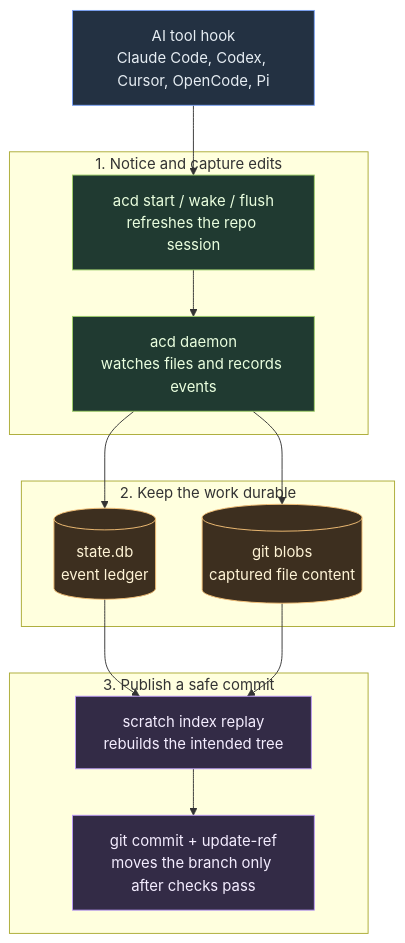
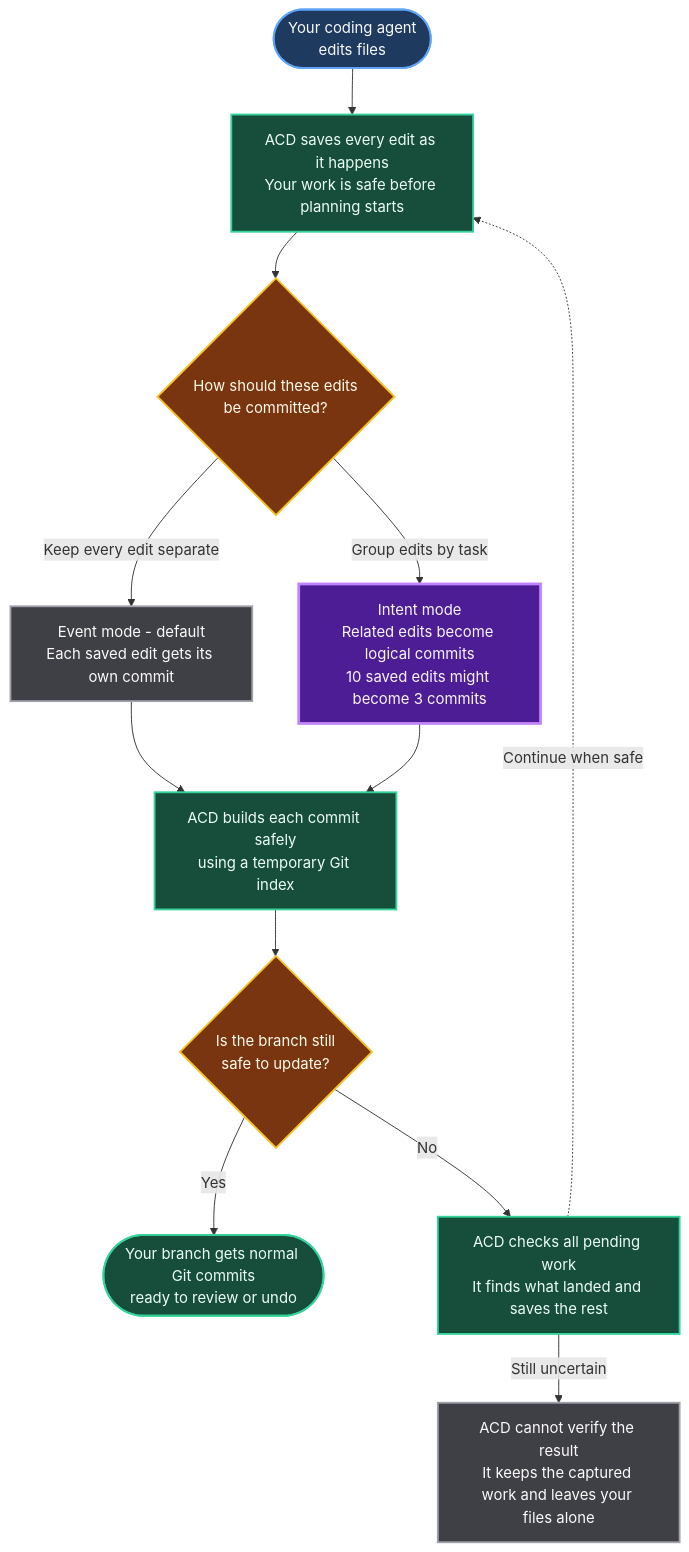
The diagram in README.md (KristjanPikhof/Auto-Commit-Daemon), drawn with Mermaid before and after one commit. The commit also changed other lines of this file, not shown here.

Commit message:
Clarify intent commit flow
- Explain capture before intent planning for first-time readers
- Contrast event and intent modes with a concrete example
- Show safe replay, recovery, and the no-change fallback

```diff
--- a/README.md
+++ b/README.md
@@ -10,34 +12,39 @@
 ~~~mermaid
 flowchart TB
-  Hook["AI tool hook<br/>Claude Code, Codex, Cursor, OpenCode, Pi"]
+  Work(["Your coding agent<br/>edits files"])
+  Capture["ACD saves every edit as it happens<br/>Your work is safe before planning starts"]
+  Strategy{"How should these edits<br/>be committed?"}
 
-  subgraph Capture["1. Notice and capture edits"]
-    CLI["acd start / wake / flush<br/>refreshes the repo session"]
-    Daemon["acd daemon<br/>watches files and records events"]
-  end
+  Event["Event mode - default<br/>Each saved edit gets its own commit"]
+  Intent["Intent mode<br/>Related edits become logical commits<br/>10 saved edits might become 3 commits"]
 
-  subgraph State["2. Keep the work durable"]
-    DB[("state.db<br/>event ledger")]
-    Blobs[("git blobs<br/>captured file content")]
-  end
+  Replay["ACD builds each commit safely<br/>using a temporary Git index"]
+  Safe{"Is the branch still<br/>safe to update?"}
 
-  subgraph Replay["3. Publish a safe commit"]
-    Scratch["scratch index replay<br/>rebuilds the intended tree"]
-    Commit["git commit + update-ref<br/>moves the branch only after checks pass"]
-  end
+  History(["Your branch gets normal Git commits<br/>ready to review or undo"])
+  Heal["ACD checks all pending work<br/>It finds what landed and saves the rest"]
+  Preserve["ACD cannot verify the result<br/>It keeps the captured work and leaves your files alone"]
 
-  Hook --> CLI --> Daemon --> DB
-  Daemon --> Blobs
-  DB --> Scratch
-  Blobs --> Scratch
-  Scratch --> Commit
+  Work --> Capture --> Strategy
+  Strategy -->|Keep every edit separate| Event
+  Strategy -->|Group edits by task| Intent
+  Event --> Replay
+  Intent --> Replay
+  Replay --> Safe
+  Safe -->|Yes| History
+  Safe -->|No| Heal
+  Heal -.->|Continue when safe| Capture
+  Heal -->|Still uncertain| Preserve
 
-  classDef external fill:#233142,stroke:#7aa2f7,color:#e6edf3
-  classDef capture fill:#203a31,stroke:#9ece6a,color:#eaffdf
-  classDef durable fill:#3d2f1f,stroke:#f6c177,color:#fff4d6
-  classDef publish fill:#332b46,stroke:#bb9af7,color:#f4edff
-  class Hook external
-  class CLI,Daemon capture
-  class DB,Blobs durable
-  class Scratch,Commit publish
+  classDef external fill:#1e3a5f,stroke:#60a5fa,color:#f8fafc,stroke-width:2px
+  classDef process fill:#164e3b,stroke:#34d399,color:#ecfdf5,stroke-width:2px
+  classDef decision fill:#78350f,stroke:#fbbf24,color:#fffbeb,stroke-width:2px
+  classDef intent fill:#4c1d95,stroke:#c084fc,color:#faf5ff,stroke-width:3px
+  classDef guard fill:#3f3f46,stroke:#a1a1aa,color:#fafafa,stroke-width:2px
+
+  class Work external
+  class Capture,Replay,History,Heal process
+  class Strategy,Safe decision
+  class Intent intent
+  class Event,Preserve guard
 ~~~
```
